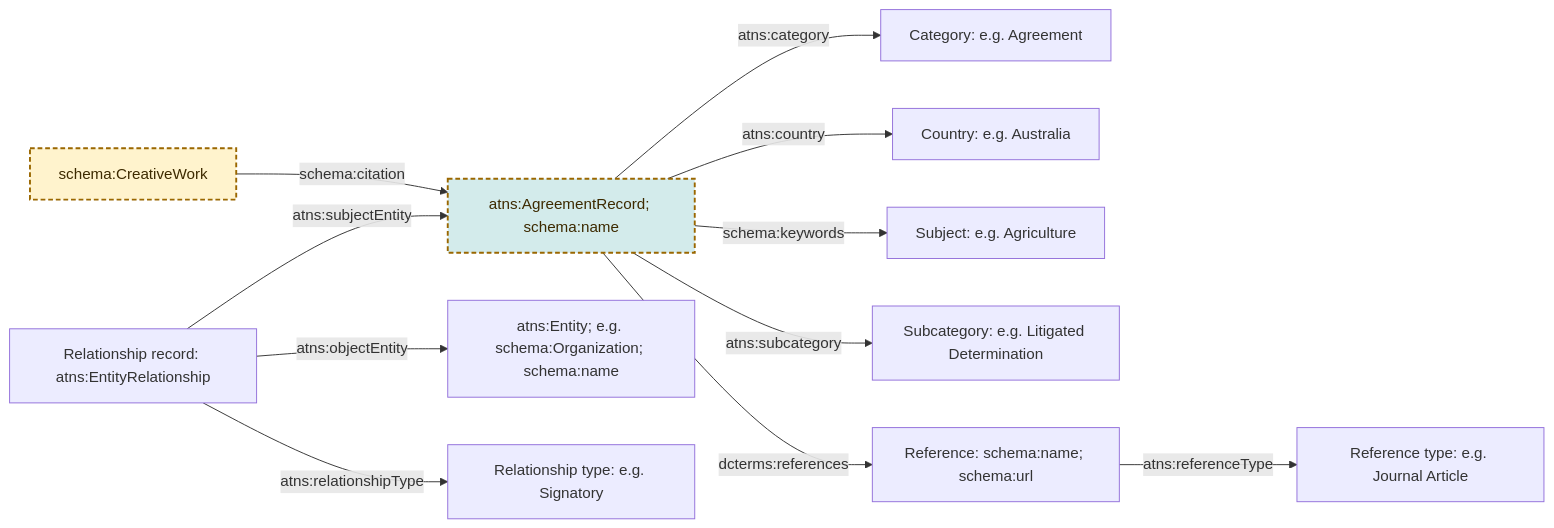
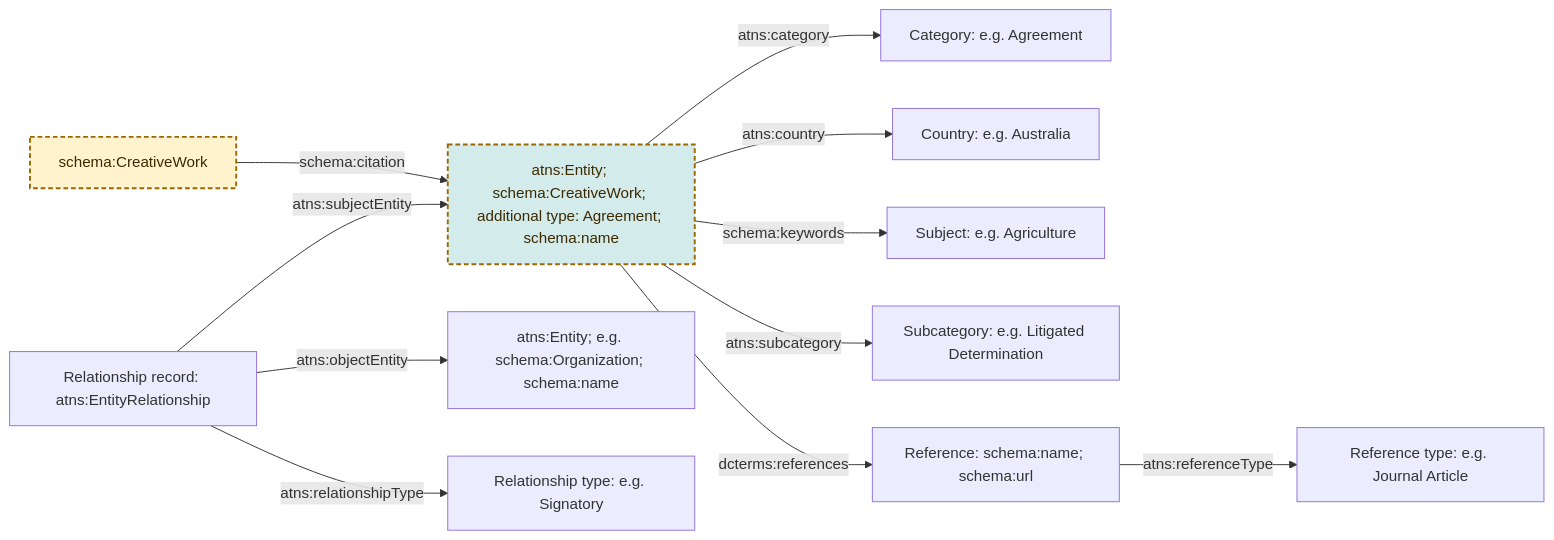
Before and after one commit to idn-au/atns-preservation: the diagram in README.md, drawn with Mermaid. The commit also changed other lines of this file and 17 other files, not shown here.

Commit message:
Align ATNS agreement records with IDN catalogue types

````diff
--- a/README.md
+++ b/README.md
@@ -16,37 +16,37 @@
 ```mermaid
 flowchart LR
     work["schema:CreativeWork"]
-    agreement["atns:AgreementRecord; schema:name"]
+    agreement["atns:Entity; schema:CreativeWork; additional type: Agreement; schema:name"]
 
     category["Category: e.g. Agreement"]
     country["Country: e.g. Australia"]
     subject["Subject: e.g. Agriculture"]
     subcategory["Subcategory: e.g. Litigated Determination"]
 
     reference["Reference: schema:name; schema:url"]
     referenceType["Reference type: e.g. Journal Article"]
 
     relationship["Relationship record: atns:EntityRelationship"]
     relatedEntity["atns:Entity; e.g. schema:Organization; schema:name"]
     relationshipType["Relationship type: e.g. Signatory"]
 
     work -->|schema:citation| agreement
 
     agreement -->|atns:category| category
     agreement -->|atns:country| country
     agreement -->|schema:keywords| subject
     agreement -->|atns:subcategory| subcategory
 
     agreement -->|dcterms:references| reference
     reference -->|atns:referenceType| referenceType
 
     relationship -->|atns:subjectEntity| agreement
     relationship -->|atns:objectEntity| relatedEntity
     relationship -->|atns:relationshipType| relationshipType
 
     classDef external fill:#fff3cd,stroke:#9a6700,color:#3d2a00,stroke-width:2px,stroke-dasharray:5 3
     class work external
 
     classDef external2 fill:#d3ebeb,stroke:#9a6700,color:#3d2a00,stroke-width:2px,stroke-dasharray:5 3
     class agreement external2
 ```
````
